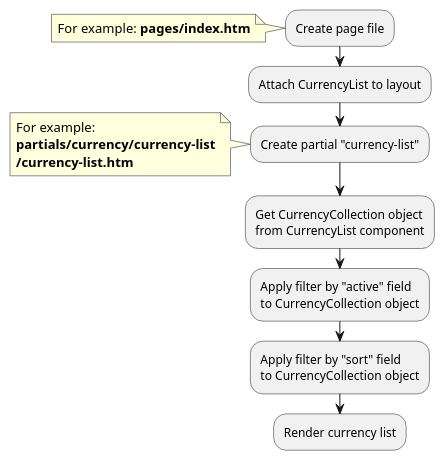
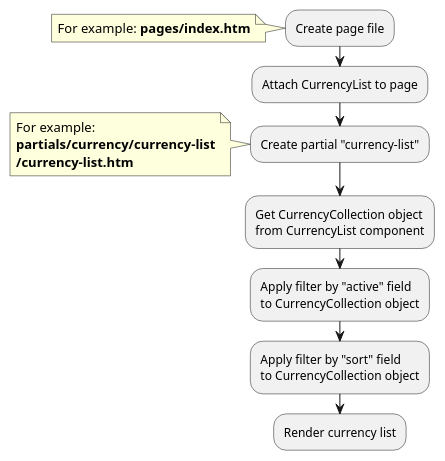
Before and after one commit to oc-shopaholic/oc-shopaholic-docs: the diagram in modules/currency/examples/examples.md, drawn with PlantUML. The commit also changed other lines of this file and 26 other files, not shown here.

````diff
--- a/modules/currency/examples/examples.md
+++ b/modules/currency/examples/examples.md
@@ -16,22 +30,22 @@
 ```plantuml
 @startuml
 :Create page file;
 note left
     For example: **pages/index.htm**
 end note
-:Attach CurrencyList to layout;
+:Attach CurrencyList to page;
 :Create partial "currency-list";
 note left
     For example:
     **partials/currency/currency-list**
     **/currency-list.htm**
 end note
 :Get CurrencyCollection object
 from CurrencyList component;
 :Apply filter by "active" field
 to CurrencyCollection object;
 :Apply filter by "sort" field
 to CurrencyCollection object;
 :Render currency list;
 @enduml
 ```
````
